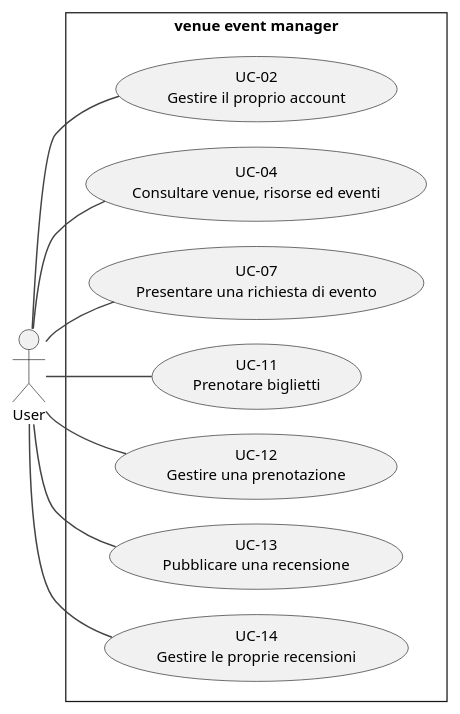
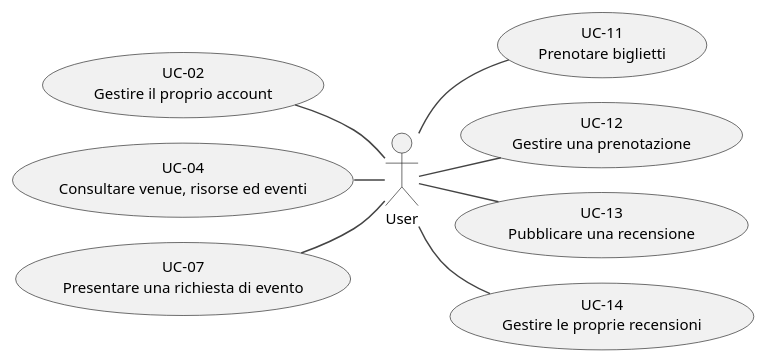
Before and after one commit to MeruemMeurel/Venue_Event_Organiser: the diagram in docs/diagrams/use-cases/use-cases-user.puml, drawn with PlantUML. The commit also changed 7 other files, not shown here.

Commit message:
Docs: Finalize actor use case diagrams

```diff
--- a/docs/diagrams/use-cases/use-cases-user.puml
+++ b/docs/diagrams/use-cases/use-cases-user.puml
@@ -1,38 +1,34 @@
 @startuml
 
 skinparam style strictuml
 skinparam shadowing false
 skinparam defaultfontname "helvetica"
 skinparam defaultfontsize 12
 skinparam arrowthickness 1.2
 skinparam arrowfontsize 11
 skinparam arrowcolor #444444
 skinparam nodesep 20
 skinparam ranksep 25
 
 left to right direction
 
 actor User
 
-rectangle "venue event manager" {
+usecase "UC-02\nGestire il proprio account" as UC02
+usecase "UC-04\nConsultare venue, risorse ed eventi" as UC04
+usecase "UC-07\nPresentare una richiesta di evento" as UC07
+usecase "UC-11\nPrenotare biglietti" as UC11
+usecase "UC-12\nGestire una prenotazione" as UC12
+usecase "UC-13\nPubblicare una recensione" as UC13
+usecase "UC-14\nGestire le proprie recensioni" as UC14
 
-    usecase "UC-02\nGestire il proprio account" as UC02
-    usecase "UC-04\nConsultare venue, risorse ed eventi" as UC04
-    usecase "UC-07\nPresentare una richiesta di evento" as UC07
-    usecase "UC-11\nPrenotare biglietti" as UC11
-    usecase "UC-12\nGestire una prenotazione" as UC12
-    usecase "UC-13\nPubblicare una recensione" as UC13
-    usecase "UC-14\nGestire le proprie recensioni" as UC14
-
-}
-
-User -- UC02
-User -- UC04
-User -- UC07
+' I casi sono distribuiti sui due lati dell'attore per contenere la figura.
+UC02 -- User
+UC04 -- User
+UC07 -- User
 User -- UC11
 User -- UC12
 User -- UC13
 User -- UC14
 
-
 @enduml
```
